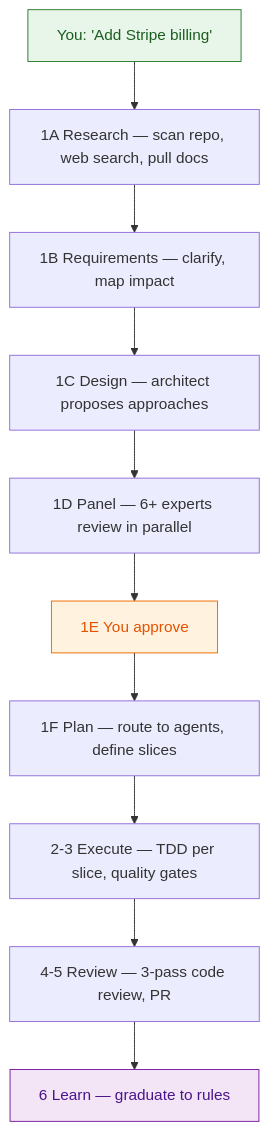
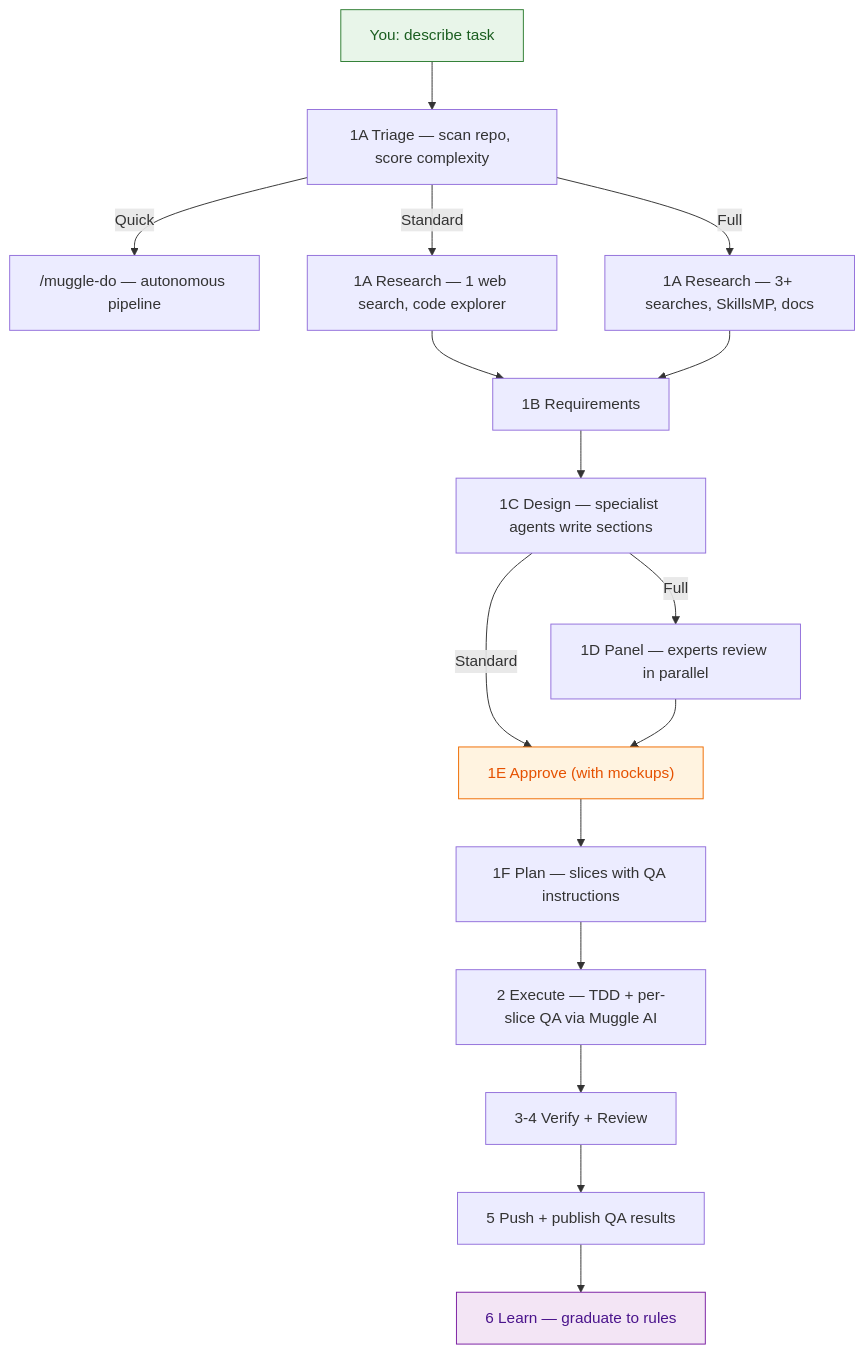
One commit to multiplex-ai/muggle-ai-teams changed the diagram in README.md. Above: the diagram before and after it, drawn with Mermaid. The commit also changed other lines of this file and 17 other files, not shown here.

First line of the commit message:
feat(workflow): adaptive tiers, specialist design, muggle-ai-works QA integration, non-coding missions

````diff
--- a/README.md
+++ b/README.md
@@ -88,16 +113,22 @@
 ```mermaid
 flowchart TD
-    A["You: 'Add Stripe billing'"] --> B["1A Research — scan repo, web search, pull docs"]
-    B --> C["1B Requirements — clarify, map impact"]
-    C --> D["1C Design — architect proposes approaches"]
-    D --> E["1D Panel — 6+ experts review in parallel"]
-    E --> F["1E You approve"]
-    F --> G["1F Plan — route to agents, define slices"]
-    G --> H["2-3 Execute — TDD per slice, quality gates"]
-    H --> I["4-5 Review — 3-pass code review, PR"]
-    I --> J["6 Learn — graduate to rules"]
+    A["You: describe task"] --> T["1A Triage — scan repo, score complexity"]
+    T -->|Quick| MD["/muggle-do — autonomous pipeline"]
+    T -->|Standard| B["1A Research — 1 web search, code explorer"]
+    T -->|Full| BF["1A Research — 3+ searches, SkillsMP, docs"]
+    B --> C["1B Requirements"]
+    BF --> C
+    C --> D["1C Design — specialist agents write sections"]
+    D -->|Standard| F["1E Approve (with mockups)"]
+    D -->|Full| E["1D Panel — experts review in parallel"]
+    E --> F
+    F --> G["1F Plan — slices with QA instructions"]
+    G --> H["2 Execute — TDD + per-slice QA via Muggle AI"]
+    H --> I["3-4 Verify + Review"]
+    I --> J["5 Push + publish QA results"]
+    J --> K["6 Learn — graduate to rules"]
 
     style A fill:#e8f5e9,stroke:#2e7d32,color:#1b5e20
     style F fill:#fff3e0,stroke:#ef6c00,color:#e65100
-    style J fill:#f3e5f5,stroke:#7b1fa2,color:#4a148c
+    style K fill:#f3e5f5,stroke:#7b1fa2,color:#4a148c
 ```
````
